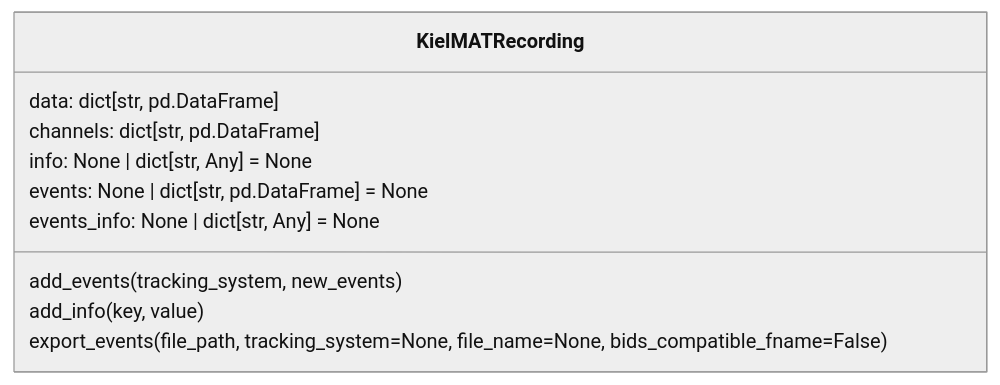
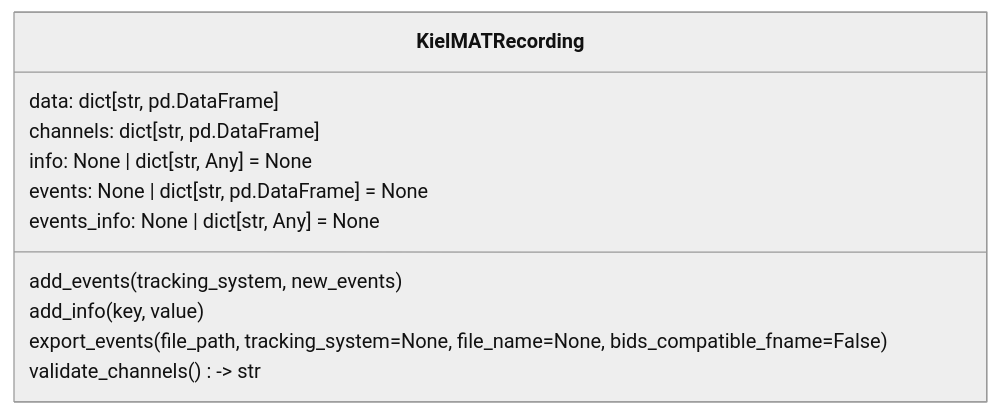
The diagram in docs/dataclass.md (neurogeriatricskiel/KielMAT), drawn with Mermaid (neutral theme) before and after one commit.

Commit message:
all functions in the mermaid overview

````diff
--- a/docs/dataclass.md
+++ b/docs/dataclass.md
@@ -3,14 +3,15 @@
 ```mermaid
 classDiagram
    class KielMATRecording {
       data: dict[str, pd.DataFrame]
       channels: dict[str, pd.DataFrame]
       info: None | dict[str, Any] = None
       events: None | dict[str, pd.DataFrame] = None
       events_info: None | dict[str, Any] = None
       add_events(tracking_system, new_events)
       add_info(key, value)
       export_events(file_path, tracking_system=None, file_name=None, bids_compatible_fname=False)
+      validate_channels() -> str
    }
 
 ```
````
